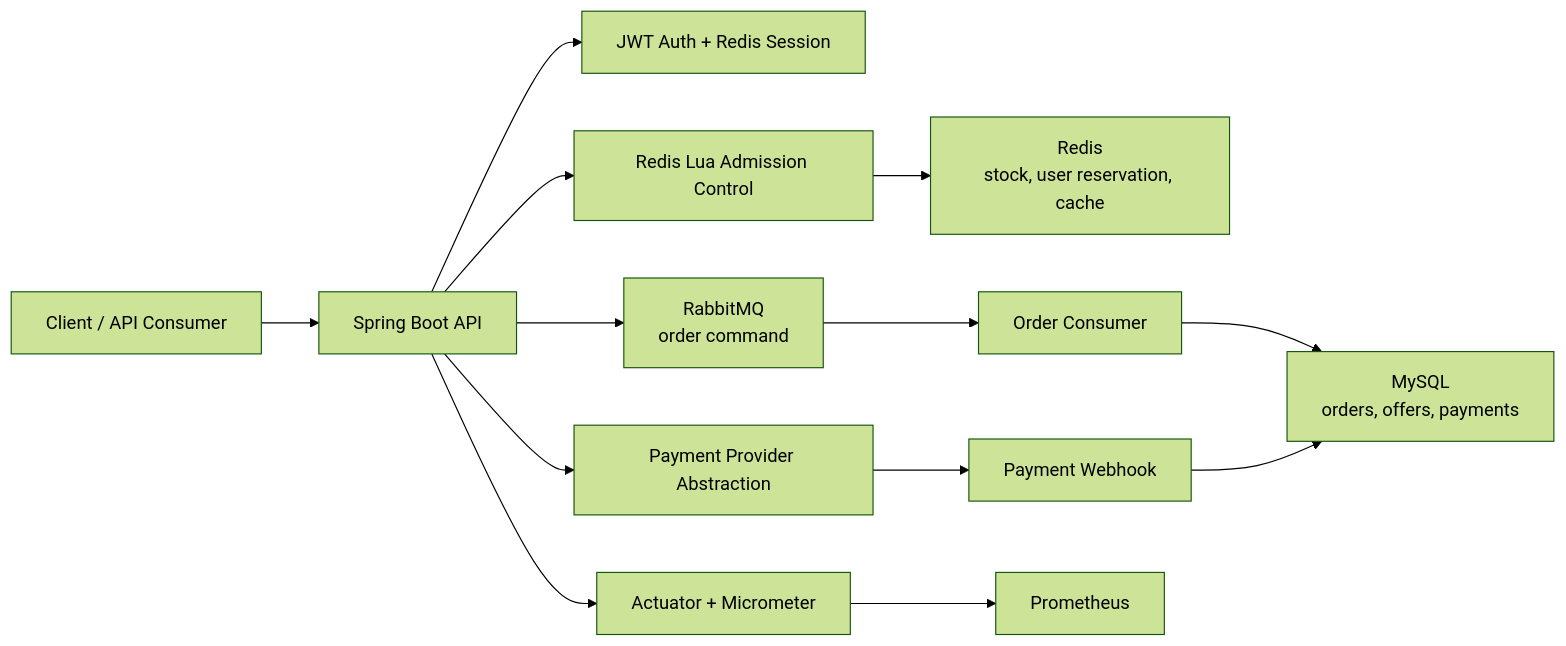
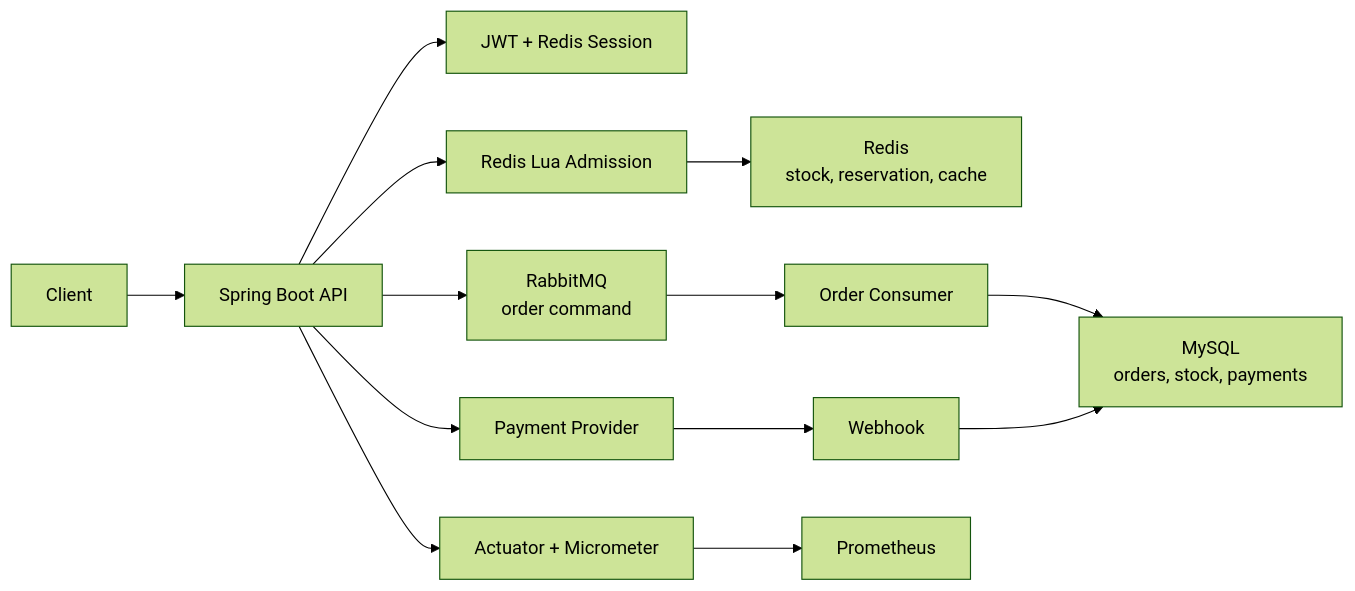
Before and after one commit to HongZe-Liu/FlashSale-Redis-System: the diagram in README.md, drawn with Mermaid (forest theme). The commit also changed other lines of this file and 26 other files, not shown here.

````diff
--- a/README.md
+++ b/README.md
@@ -54,15 +21,15 @@
 ```mermaid
 flowchart LR
-    Client["Client / API Consumer"] --> App["Spring Boot API"]
-    App --> Auth["JWT Auth + Redis Session"]
-    App --> Lua["Redis Lua Admission Control"]
-    Lua --> Redis["Redis\nstock, user reservation, cache"]
-    App --> MQ["RabbitMQ\norder command"]
+    Client["Client"] --> App["Spring Boot API"]
+    App --> Auth["JWT + Redis Session"]
+    App --> Lua["Redis Lua Admission"]
+    Lua --> Redis["Redis<br/>stock, reservation, cache"]
+    App --> MQ["RabbitMQ<br/>order command"]
     MQ --> Consumer["Order Consumer"]
-    Consumer --> MySQL["MySQL\norders, offers, payments"]
-    App --> Payment["Payment Provider Abstraction"]
-    Payment --> Webhook["Payment Webhook"]
+    Consumer --> MySQL["MySQL<br/>orders, stock, payments"]
+    App --> Payment["Payment Provider"]
+    Payment --> Webhook["Webhook"]
     Webhook --> MySQL
     App --> Metrics["Actuator + Micrometer"]
     Metrics --> Prometheus["Prometheus"]
 ```
````
